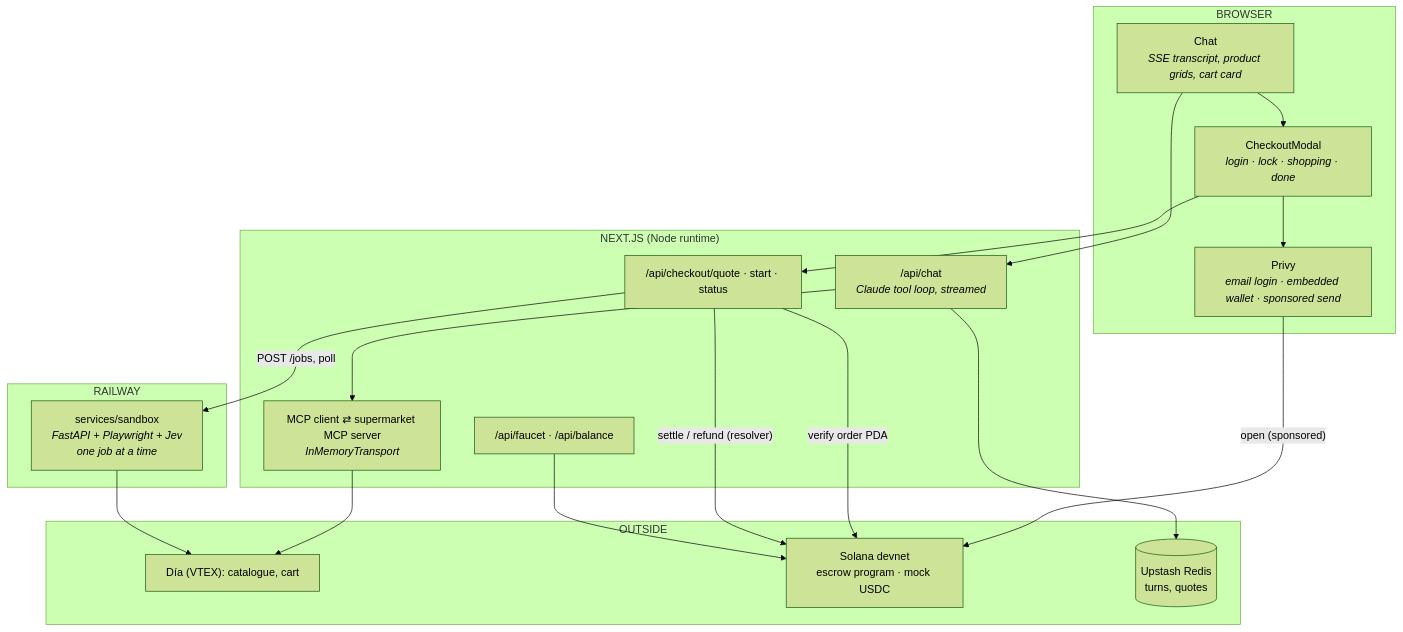
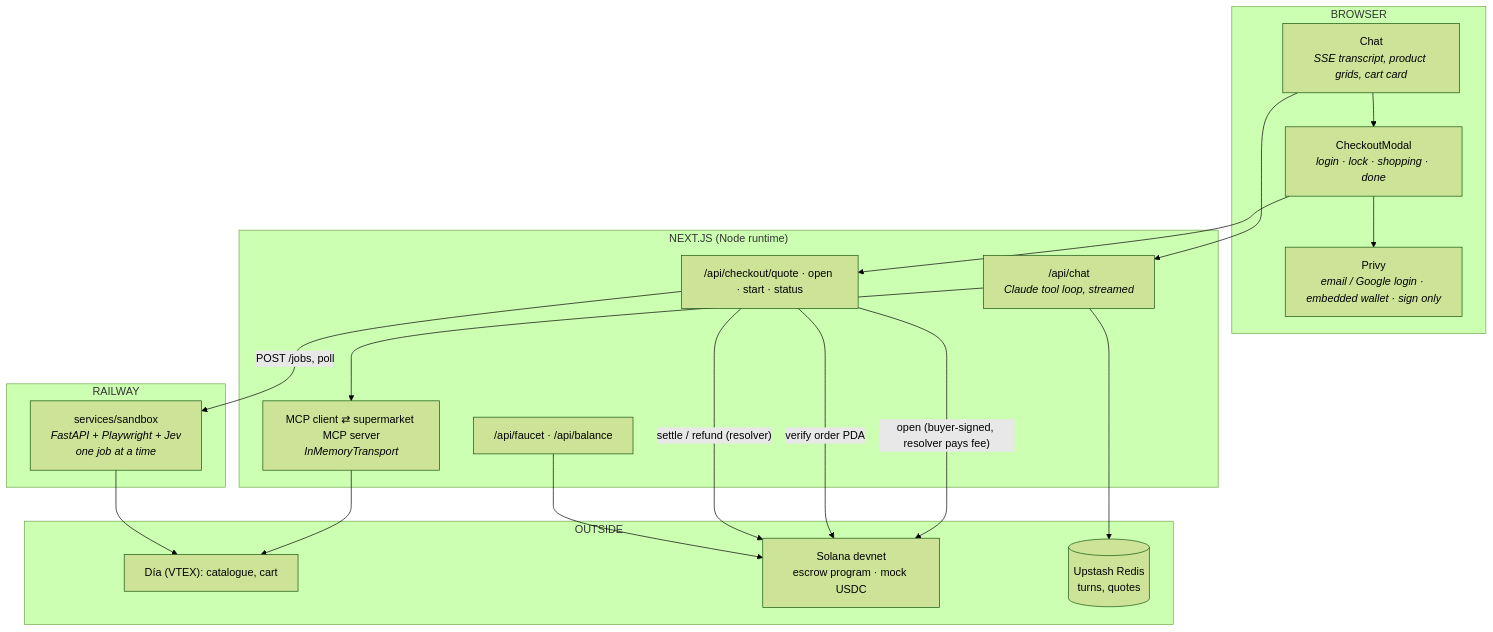
Before and after one commit to raptor0929/solana-changuito: the third of 3 diagrams in README.md, drawn with Mermaid (forest theme). The commit also changed other lines of this file and 10 other files, not shown here.

````diff
--- a/README.md
+++ b/README.md
@@ -149,35 +149,36 @@
 ```mermaid
 flowchart TB
     subgraph B["BROWSER"]
         CH["Chat<br/><i>SSE transcript, product grids, cart card</i>"]
         CM["CheckoutModal<br/><i>login · lock · shopping · done</i>"]
-        PV["Privy<br/><i>email login · embedded wallet · sponsored send</i>"]
+        PV["Privy<br/><i>email / Google login · embedded wallet · sign only</i>"]
     end
 
     subgraph N["NEXT.JS (Node runtime)"]
         CHAT["/api/chat<br/><i>Claude tool loop, streamed</i>"]
         MCP["MCP client ⇄ supermarket MCP server<br/><i>InMemoryTransport</i>"]
-        Q["/api/checkout/quote · start · status"]
+        Q["/api/checkout/quote · open · start · status"]
         F["/api/faucet · /api/balance"]
     end
 
     subgraph S["RAILWAY"]
         SB["services/sandbox<br/><i>FastAPI + Playwright + Jev<br/>one job at a time</i>"]
     end
 
     subgraph X["OUTSIDE"]
         VTEX["Día (VTEX): catalogue, cart"]
         SOL["Solana devnet<br/>escrow program · mock USDC"]
         RD[("Upstash Redis<br/>turns, quotes")]
     end
 
     CH --> CHAT --> MCP --> VTEX
     CHAT --> RD
     CH --> CM
-    CM --> PV -->|"open (sponsored)"| SOL
+    CM --> PV
     CM --> Q
+    Q -->|"open (buyer-signed, resolver pays fee)"| SOL
     Q -->|"verify order PDA"| SOL
     Q -->|"POST /jobs, poll"| SB --> VTEX
     Q -->|"settle / refund (resolver)"| SOL
     F --> SOL
 ```
````
